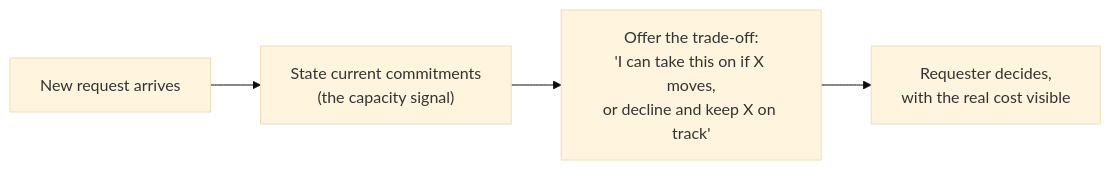
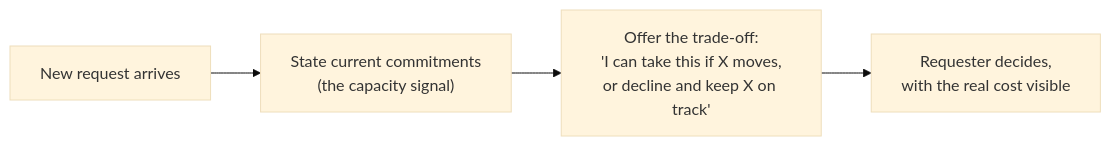
Before and after one commit to francoandreDev/knowledge: the diagram in src/content/sustainable-performance/sustainable-boundary-setting/L2-concept.mdx, drawn with Mermaid (base theme). The commit also changed other lines of this file and 24 other files, not shown here.

````diff
--- a/src/content/sustainable-performance/sustainable-boundary-setting/L2-concept.mdx
+++ b/src/content/sustainable-performance/sustainable-boundary-setting/L2-concept.mdx
@@ -64,6 +44,6 @@
 ```mermaid
 flowchart LR
     A["New request arrives"] --> B["State current commitments\n(the capacity signal)"]
-    B --> C["Offer the trade-off:\n'I can take this on if X moves,\nor decline and keep X on track'"]
+    B --> C["Offer the trade-off:\n'I can take this if X moves,\nor decline and keep X on track'"]
     C --> D["Requester decides,\nwith the real cost visible"]
 ```
````
